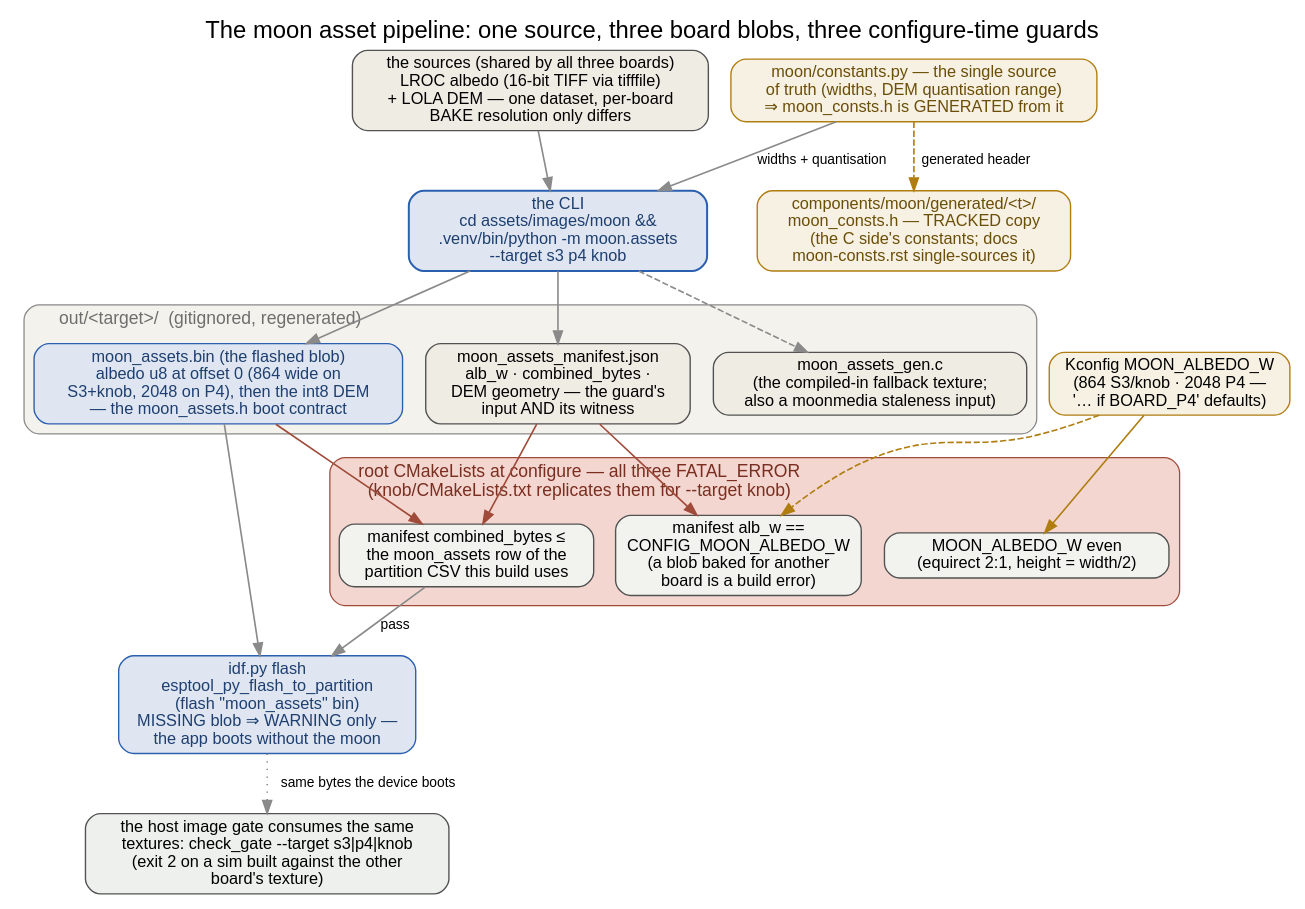
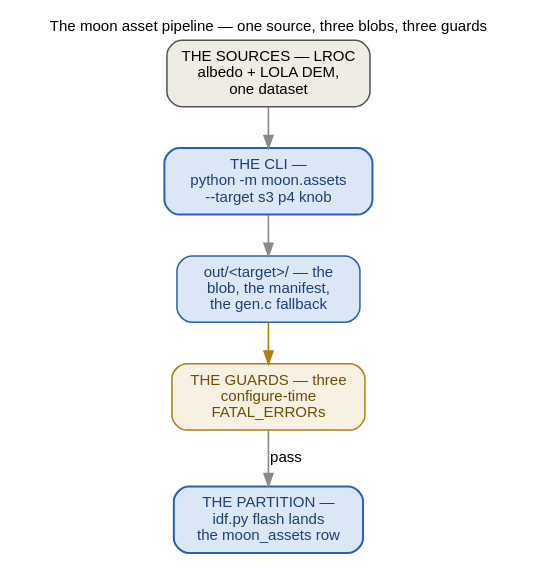
Before and after one commit to ukos-git/moon-clock-esp: the diagram in docs/_graphs/assets-pipeline.dot, drawn with Graphviz. The commit also changed 6 other files, not shown here.

First line of the commit message:
docs: sibling B10 carry-in snapshot — the assets-pipeline split, the build-seam child

```diff
--- a/docs/_graphs/assets-pipeline.dot
+++ b/docs/_graphs/assets-pipeline.dot
@@ -1,73 +1,39 @@
-// The moon asset pipeline: LROC/LOLA sources -> per-board blobs -> the
-// configure-time guards -> the flashed partition. Rendered inline as SVG
-// by sphinx.ext.graphviz (dot on PATH); reference/build-system.rst embeds it.
+// The moon asset pipeline as a black box: one source, three board
+// blobs, the configure-time guards, the flashed partition. The
+// internals are opened in the detail sketches:
+//   assets-pipeline-bake.dot    the sources, constants.py, the CLI,
+//                               the three outputs
+//   assets-pipeline-guards.dot  the FATAL_ERROR trio, the flash, the
+//                               image gate that eats the same bytes
+// Rendered inline as SVG by sphinx.ext.graphviz (dot on PATH);
+// reference/build-system.rst embeds it.
+// FONTS: 12 pt = the page's 16 px body text at 1:1 — kept inside the
+// content column.
+// Rendered inline as SVG by sphinx.ext.graphviz (dot on PATH).
 digraph assets_pipeline {
-    label="The moon asset pipeline: one source, three board blobs, three configure-time guards";
-    labelloc="t";
-    fontname="Helvetica"; fontsize=19;
-    node [fontname="Helvetica", fontsize=13, style="rounded,filled",
-          shape=box, width=1.8, height=0.5,
-          fillcolor="#f2f2ef", color="#525252", penwidth=1.1];
-    edge [fontname="Helvetica", fontsize=11, color="#8a8a8a", penwidth=1.3];
+    rankdir=TB;
+    label="The moon asset pipeline — one source, three blobs, three guards";
+    labelloc="t"; labeljust="c";
+    fontname="Helvetica"; fontsize=12;
+    graph [nodesep=0.4, ranksep=0.45];
+    node [fontname="Helvetica", fontsize=12, shape=box, style="rounded,filled",
+          width=0, height=0, margin="0.16,0.10", fillcolor="#f2f2ef",
+          color="#525252", penwidth=1.2];
+    edge [fontname="Helvetica", fontsize=12, color="#8a8a8a", penwidth=1.3];
 
-    src [label="the sources (shared by all three boards)\nLROC albedo (16-bit TIFF via tifffile)\n+ LOLA DEM — one dataset, per-board\nBAKE resolution only differs",
+    src [label="THE SOURCES — LROC\nalbedo + LOLA DEM,\none dataset",
          fillcolor="#efece4"];
-    consts [label="moon/constants.py — the single source\nof truth (widths, DEM quantisation range)\n⇒ moon_consts.h is GENERATED from it",
+    cli [label="THE CLI —\npython -m moon.assets\n--target s3 p4 knob",
+         fillcolor="#dbe7f6", color="#2b5fb0", fontcolor="#1e3f70", penwidth=1.6];
+    out [label="out/<target>/ — the\nblob, the manifest,\nthe gen.c fallback",
+         fillcolor="#dbe7f6", color="#2b5fb0", fontcolor="#1e3f70"];
+    guards [label="THE GUARDS — three\nconfigure-time\nFATAL_ERRORs",
             fillcolor="#f6f1e2", color="#b07d10", fontcolor="#6b4e08"];
-    cli [label="the CLI\ncd assets/images/moon &&\n.venv/bin/python -m moon.assets\n--target s3 p4 knob",
-         fillcolor="#dfe6f1", color="#2b5fb0", fontcolor="#1e3f70", penwidth=1.6];
-
-    subgraph cluster_out {
-        label="out/<target>/  (gitignored, regenerated)";
-        labeljust="l";
-        style="rounded,filled";
-        fillcolor="#f4f2ec";
-        color="#8a8a8a";
-        fontsize=14; fontcolor="#6e6e6e";
-
-        blob [label="moon_assets.bin (the flashed blob)\nalbedo u8 at offset 0 (864 wide on\nS3+knob, 2048 on P4), then the int8 DEM\n— the moon_assets.h boot contract",
-              fillcolor="#dfe6f1", color="#2b5fb0", fontcolor="#1e3f70"];
-        manifest [label="moon_assets_manifest.json\nalb_w · combined_bytes ·\nDEM geometry — the guard's\ninput AND its witness",
-                  fillcolor="#efece4"];
-        genc [label="moon_assets_gen.c\n(the compiled-in fallback texture;\nalso a moonmedia staleness input)",
-              fillcolor="#efece4"];
-    }
-
-    hdr [label="components/moon/generated/<t>/\nmoon_consts.h — TRACKED copy\n(the C side's constants; docs\nmoon-consts.rst single-sources it)",
-         fillcolor="#f6f1e2", color="#b07d10", fontcolor="#6b4e08"];
-
-    subgraph cluster_guards {
-        label="root CMakeLists at configure — all three FATAL_ERROR\n(knob/CMakeLists.txt replicates them for --target knob)";
-        labeljust="l";
-        style="rounded,filled";
-        fillcolor="#f3d6d0";
-        color="#a04a3a";
-        fontsize=14; fontcolor="#7a2e20";
-
-        g1 [label="MOON_ALBEDO_W even\n(equirect 2:1, height = width/2)"];
-        g2 [label="manifest alb_w ==\nCONFIG_MOON_ALBEDO_W\n(a blob baked for another\nboard is a build error)"];
-        g3 [label="manifest combined_bytes ≤\nthe moon_assets row of the\npartition CSV this build uses"];
-    }
-
-    kconfig [label="Kconfig MOON_ALBEDO_W\n(864 S3/knob · 2048 P4 —\n'… if BOARD_P4' defaults)",
-             fillcolor="#f6f1e2", color="#b07d10"];
-    flash [label="idf.py flash\nesptool_py_flash_to_partition\n(flash \"moon_assets\" bin)\nMISSING blob ⇒ WARNING only —\nthe app boots without the moon",
-             fillcolor="#dfe6f1", color="#2b5fb0", fontcolor="#1e3f70"];
-    gate [label="the host image gate consumes the same\ntextures: check_gate --target s3|p4|knob\n(exit 2 on a sim built against the other\nboard's texture)",
-           fillcolor="#eef0ee"];
+    flash [label="THE PARTITION —\nidf.py flash lands\nthe moon_assets row",
+           fillcolor="#dbe7f6", color="#2b5fb0", fontcolor="#1e3f70", penwidth=1.6];
 
     src -> cli;
-    consts -> cli [label="widths + quantisation"];
-    consts -> hdr [style=dashed, color="#b07d10", label="generated header"];
-    cli -> blob;
-    cli -> manifest;
-    cli -> genc [style=dashed];
-    kconfig -> g1 [color="#b07d10"];
-    kconfig -> g2 [style=dashed, color="#b07d10"];
-    manifest -> g2 [color="#a04a3a"];
-    manifest -> g3 [color="#a04a3a"];
-    blob -> g3 [color="#a04a3a"];
-    g3 -> flash [label="pass"];
-    blob -> flash;
-    flash -> gate [style=dotted, label="same bytes the device boots"];
+    cli -> out;
+    out -> guards [color="#b07d10"];
+    guards -> flash [label="pass"];
 }
```
